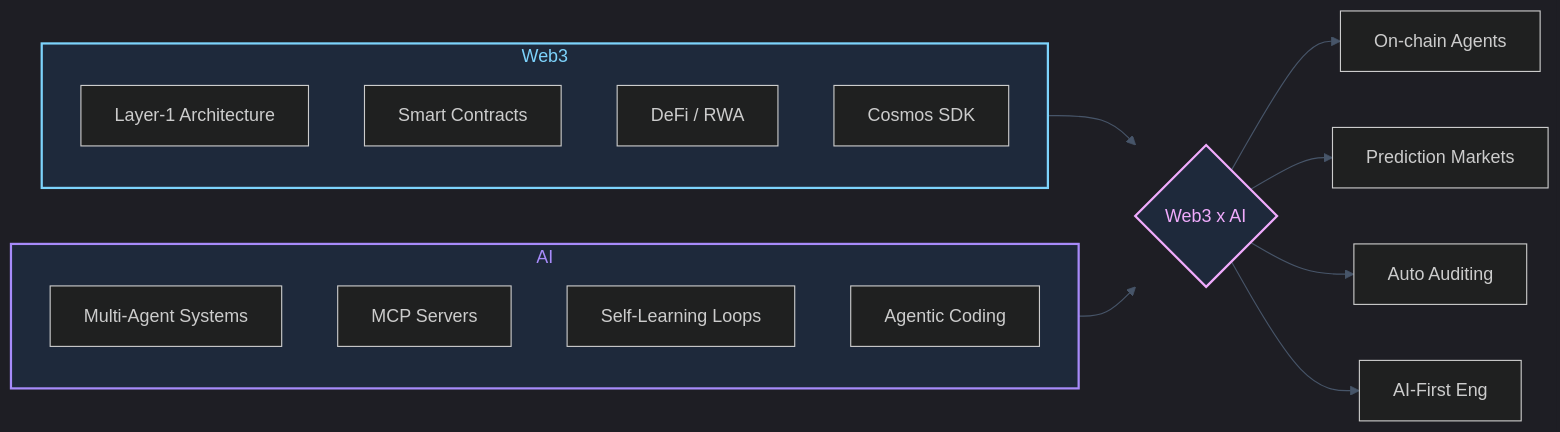
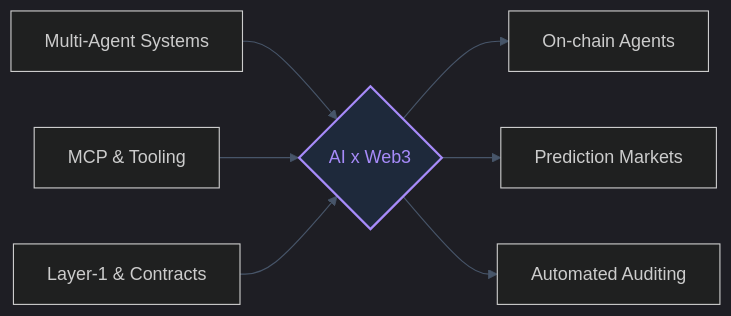
One commit to Aboudjem/aboudjem changed the diagram in README.md. Above: the diagram before and after it, drawn with Mermaid. The commit also changed other lines of this file, not shown here.

First line of the commit message:
redesign: minimal, AI-first profile README

````diff
--- a/README.md
+++ b/README.md
@@ -178,29 +50,12 @@
 ```mermaid
 %%{init: {'theme': 'dark', 'themeVariables': { 'primaryColor': '#1e293b', 'primaryTextColor': '#e2e8f0', 'primaryBorderColor': '#7dd3fc', 'lineColor': '#475569', 'secondaryColor': '#1e293b', 'tertiaryColor': '#1e293b', 'fontFamily': 'system-ui, sans-serif'}}}%%
 graph LR
-    subgraph Web3["Web3"]
-        W1[Layer-1 Architecture]
-        W2[Smart Contracts]
-        W3[DeFi / RWA]
-        W4[Cosmos SDK]
-    end
-
-    subgraph AI["AI"]
-        A1[Multi-Agent Systems]
-        A2[MCP Servers]
-        A3[Self-Learning Loops]
-        A4[Agentic Coding]
-    end
-
-    Web3 --> C{Web3 x AI}
-    AI --> C
-
+    A1[Multi-Agent Systems] --> C{AI x Web3}
+    A2[MCP & Tooling] --> C
+    W1[Layer-1 & Contracts] --> C
     C --> D1[On-chain Agents]
     C --> D2[Prediction Markets]
-    C --> D3[Auto Auditing]
-    C --> D4[AI-First Eng]
+    C --> D3[Automated Auditing]
 
-    style Web3 fill:#1e293b,stroke:#7dd3fc,stroke-width:2px,color:#7dd3fc
-    style AI fill:#1e293b,stroke:#a78bfa,stroke-width:2px,color:#a78bfa
-    style C fill:#1e293b,stroke:#f0abfc,stroke-width:2px,color:#f0abfc
+    style C fill:#1e293b,stroke:#a78bfa,stroke-width:2px,color:#a78bfa
 ```
````
